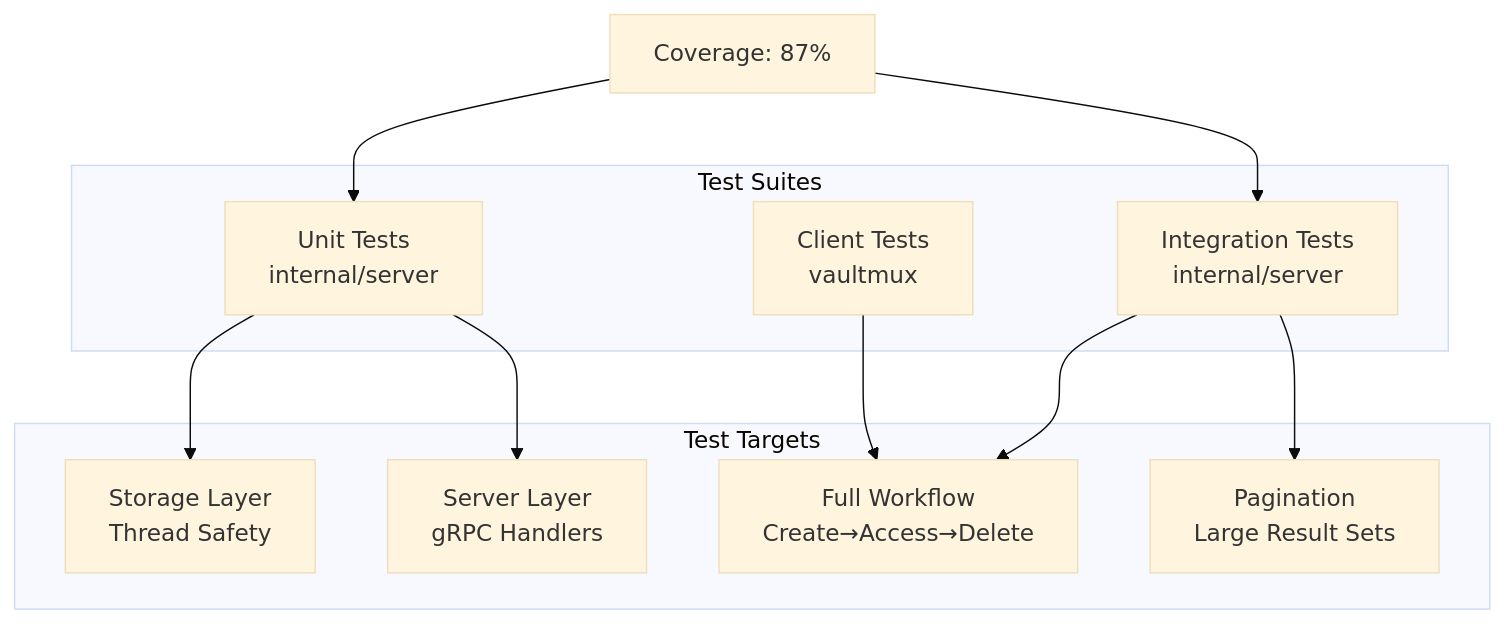
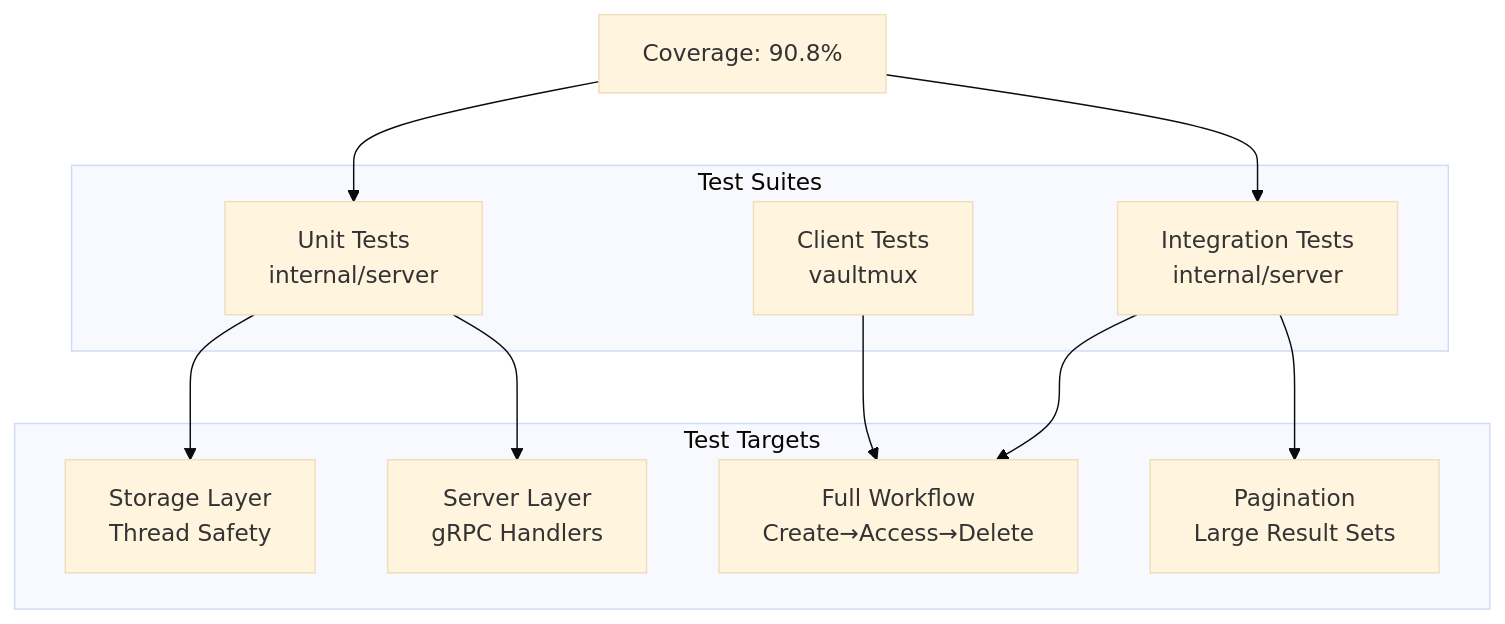
Before and after one commit to blackwell-systems/gcp-secret-manager-emulator: diagram 12 of 12 in docs/ARCHITECTURE.md, drawn with Mermaid (base theme). The commit also changed 1 other file, not shown here.

Commit message:
Update test coverage stats to 90.8% and API coverage to 92%
Update coverpage and architecture diagram with current stats.

````diff
--- a/docs/ARCHITECTURE.md
+++ b/docs/ARCHITECTURE.md
@@ -393,29 +393,29 @@
 ```mermaid
 graph TB
     subgraph "Test Suites"
         A[Unit Tests<br/>internal/server]
         B[Integration Tests<br/>internal/server]
         C[Client Tests<br/>vaultmux]
     end
 
     subgraph "Test Targets"
         D[Storage Layer<br/>Thread Safety]
         E[Server Layer<br/>gRPC Handlers]
         F[Full Workflow<br/>Create→Access→Delete]
         G[Pagination<br/>Large Result Sets]
     end
 
     A --> D
     A --> E
     B --> F
     B --> G
     C --> F
 
-    H[Coverage: 87%] --> A
+    H[Coverage: 90.8%] --> A
     H --> B
 
 
 
 
 
 ```
````
